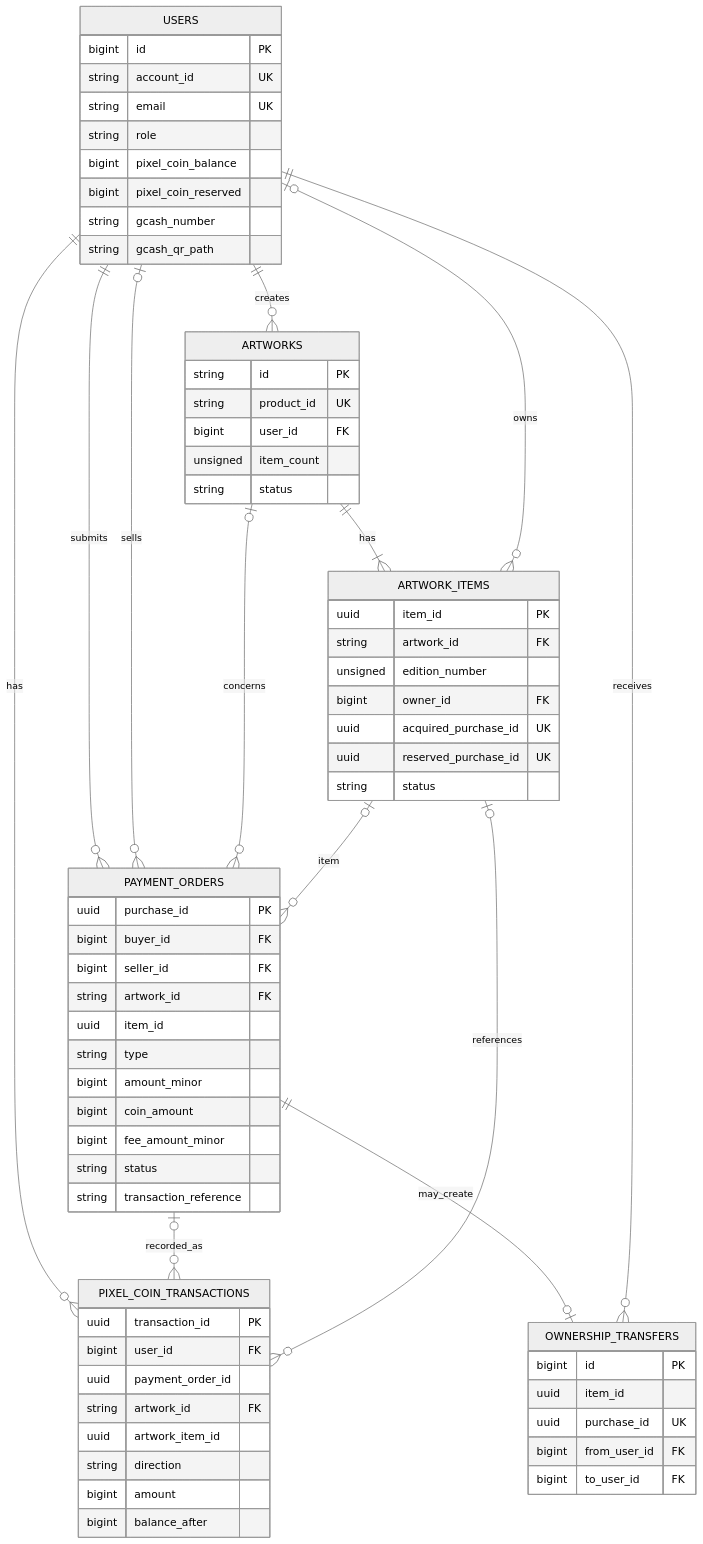
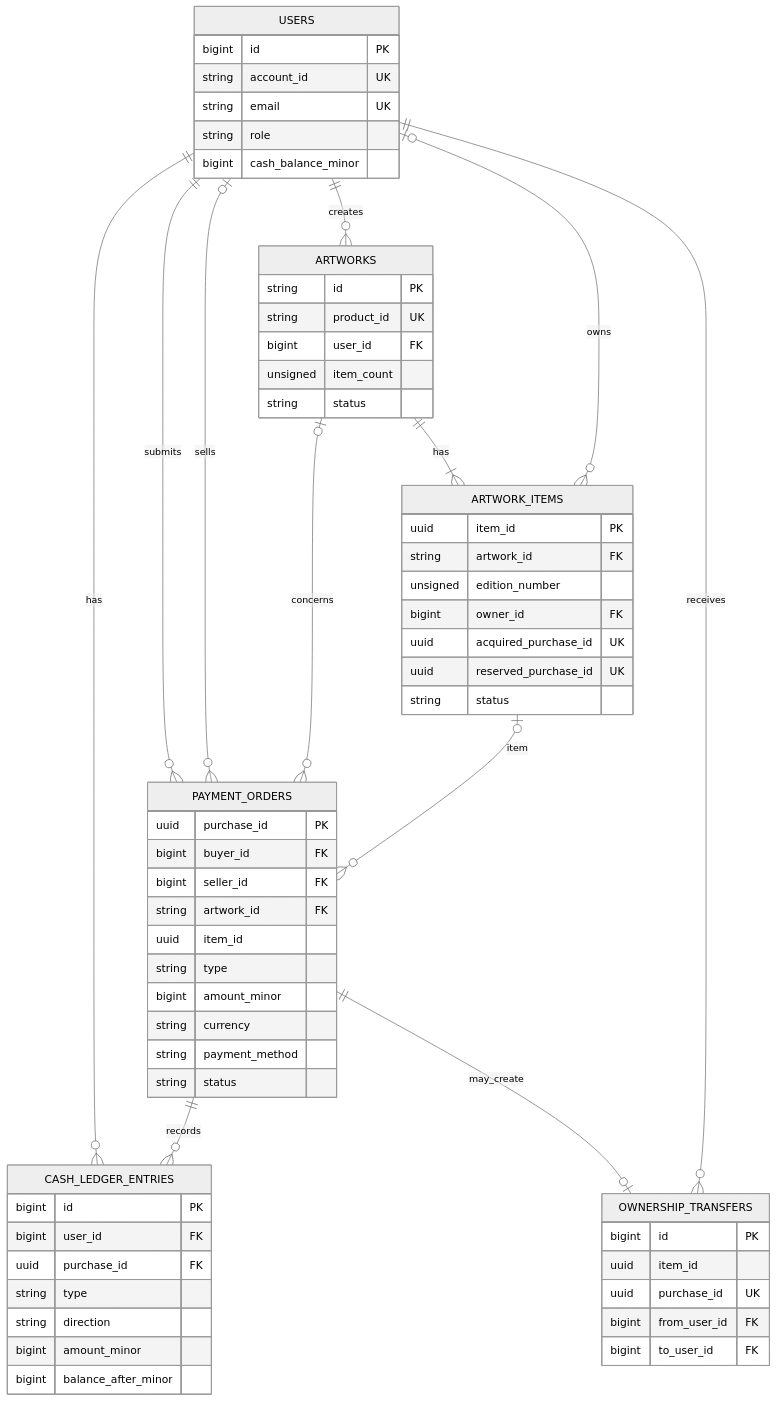
Before and after one commit to edreendorado-max/pixelmoree: the fourth of 4 diagrams in docs/PROJECT_DIAGRAMS.md, drawn with Mermaid (neutral theme). The commit also changed other lines of this file and 38 other files, not shown here.

Commit message:
Remove Pixel Coin and document simulated transactions

````diff
--- a/docs/PROJECT_DIAGRAMS.md
+++ b/docs/PROJECT_DIAGRAMS.md
@@ -54,72 +52,66 @@
 ```mermaid
 erDiagram
     USERS ||--o{ ARTWORKS : creates
     ARTWORKS ||--|{ ARTWORK_ITEMS : has
     USERS o|--o{ ARTWORK_ITEMS : owns
     USERS ||--o{ PAYMENT_ORDERS : submits
     USERS o|--o{ PAYMENT_ORDERS : sells
     ARTWORKS o|--o{ PAYMENT_ORDERS : concerns
     ARTWORK_ITEMS o|--o{ PAYMENT_ORDERS : item
-    USERS ||--o{ PIXEL_COIN_TRANSACTIONS : has
-    PAYMENT_ORDERS o|--o{ PIXEL_COIN_TRANSACTIONS : recorded_as
-    ARTWORK_ITEMS o|--o{ PIXEL_COIN_TRANSACTIONS : references
+    USERS ||--o{ CASH_LEDGER_ENTRIES : has
+    PAYMENT_ORDERS ||--o{ CASH_LEDGER_ENTRIES : records
     PAYMENT_ORDERS ||--o| OWNERSHIP_TRANSFERS : may_create
     USERS ||--o{ OWNERSHIP_TRANSFERS : receives
 
     USERS {
         bigint id PK
         string account_id UK
         string email UK
         string role
-        bigint pixel_coin_balance
-        bigint pixel_coin_reserved
-        string gcash_number
-        string gcash_qr_path
+        bigint cash_balance_minor
     }
     ARTWORKS {
         string id PK
         string product_id UK
         bigint user_id FK
         unsigned item_count
         string status
     }
     ARTWORK_ITEMS {
         uuid item_id PK
         string artwork_id FK
         unsigned edition_number
         bigint owner_id FK
         uuid acquired_purchase_id UK
         uuid reserved_purchase_id UK
         string status
     }
     PAYMENT_ORDERS {
         uuid purchase_id PK
         bigint buyer_id FK
         bigint seller_id FK
         string artwork_id FK
         uuid item_id
         string type
         bigint amount_minor
-        bigint coin_amount
-        bigint fee_amount_minor
+        string currency
+        string payment_method
         string status
-        string transaction_reference
     }
-    PIXEL_COIN_TRANSACTIONS {
-        uuid transaction_id PK
+    CASH_LEDGER_ENTRIES {
+        bigint id PK
         bigint user_id FK
-        uuid payment_order_id
-        string artwork_id FK
-        uuid artwork_item_id
+        uuid purchase_id FK
+        string type
         string direction
-        bigint amount
-        bigint balance_after
+        bigint amount_minor
+        bigint balance_after_minor
     }
     OWNERSHIP_TRANSFERS {
         bigint id PK
         uuid item_id
         uuid purchase_id UK
         bigint from_user_id FK
         bigint to_user_id FK
     }
 ```
````
